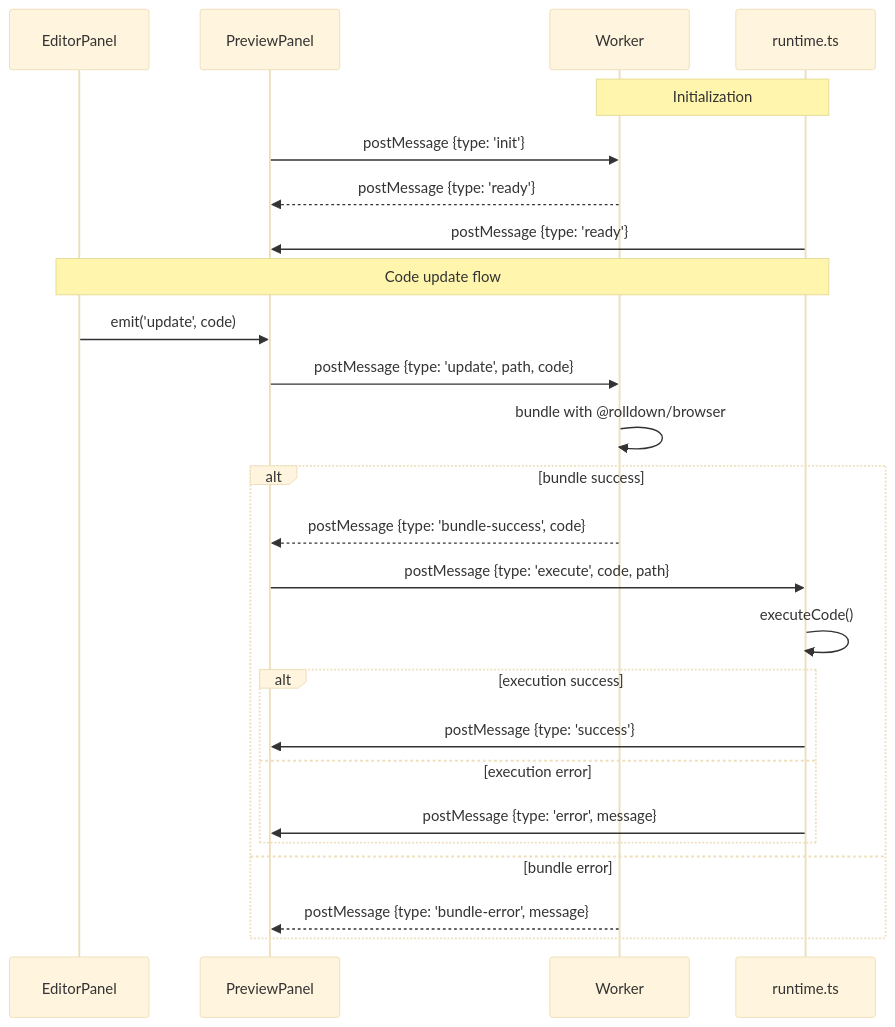
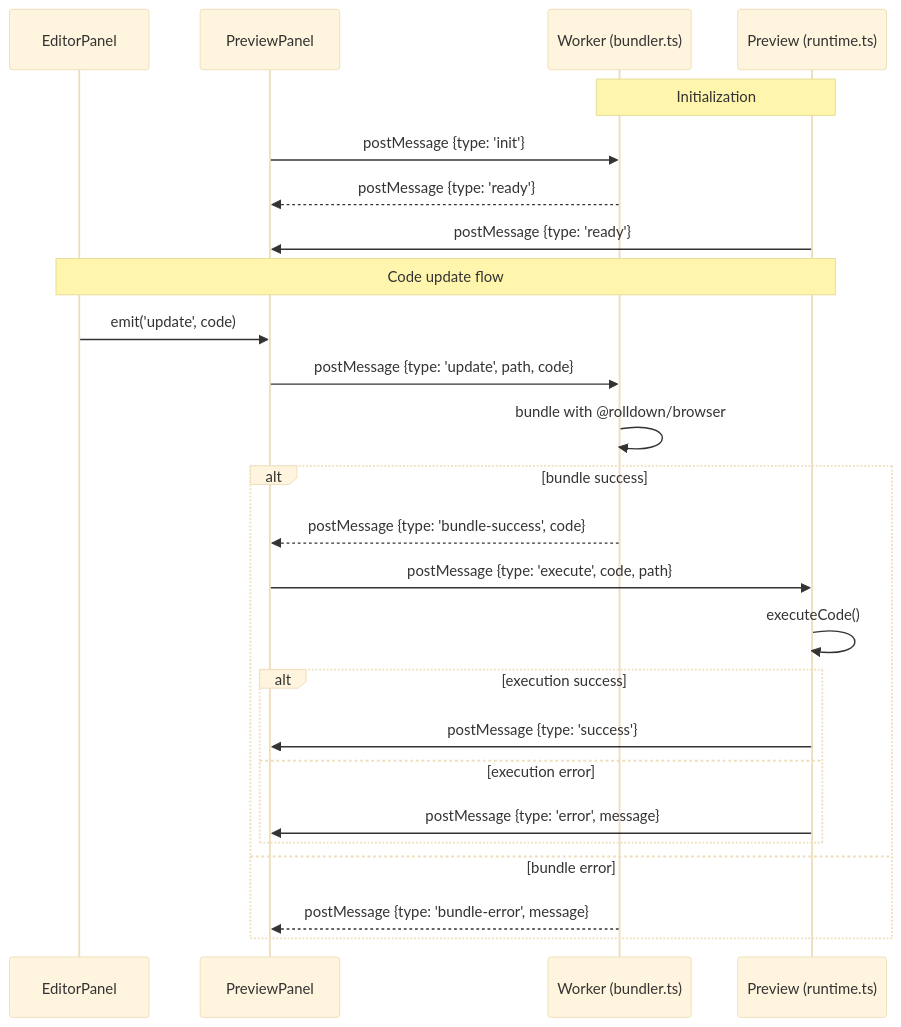
Before and after one commit to kazupon/vrowzer: the fourth of 8 diagrams in design/hmr-worker-architecture.md, drawn with Mermaid (base theme). The commit also changed other lines of this file and 1 other file, not shown here.

Commit message:
docs: update hmr worker architecture

````diff
--- a/design/hmr-worker-architecture.md
+++ b/design/hmr-worker-architecture.md
@@ -107,29 +107,29 @@
 ```mermaid
 sequenceDiagram
     participant Editor as EditorPanel
     participant Preview as PreviewPanel
-    participant Worker as Worker
-    participant Runtime as runtime.ts
+    participant Worker as Worker (bundler.ts)
+    participant Runtime as Preview (runtime.ts)
 
     Note over Worker,Runtime: Initialization
     Preview->>Worker: postMessage {type: 'init'}
     Worker-->>Preview: postMessage {type: 'ready'}
     Runtime->>Preview: postMessage {type: 'ready'}
 
     Note over Editor,Runtime: Code update flow
     Editor->>Preview: emit('update', code)
     Preview->>Worker: postMessage {type: 'update', path, code}
     Worker->>Worker: bundle with @rolldown/browser
     alt bundle success
         Worker-->>Preview: postMessage {type: 'bundle-success', code}
         Preview->>Runtime: postMessage {type: 'execute', code, path}
         Runtime->>Runtime: executeCode()
         alt execution success
             Runtime->>Preview: postMessage {type: 'success'}
         else execution error
             Runtime->>Preview: postMessage {type: 'error', message}
         end
     else bundle error
         Worker-->>Preview: postMessage {type: 'bundle-error', message}
     end
 ```
````
